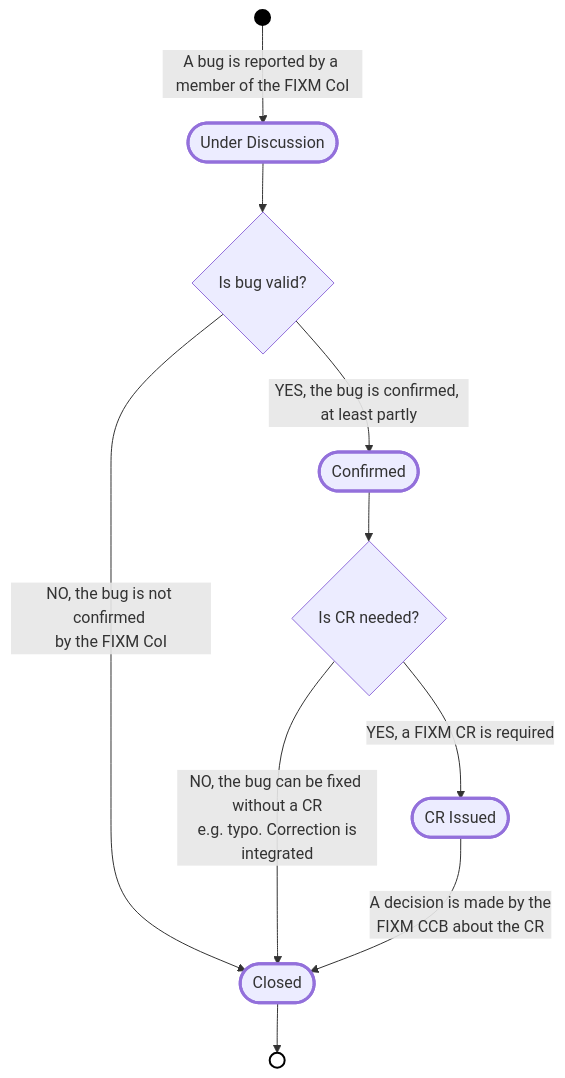
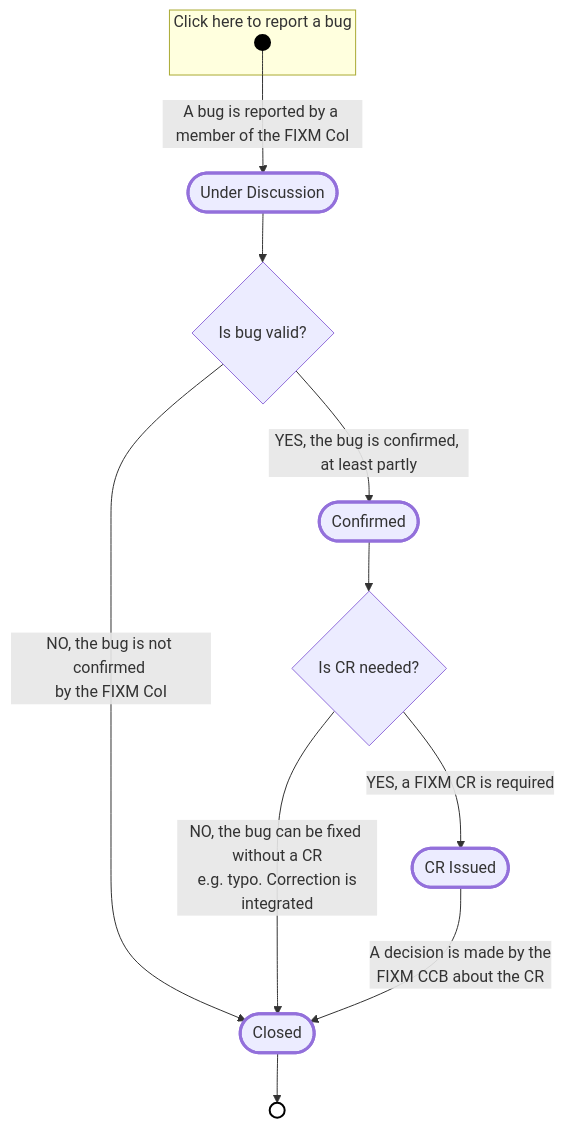
Before and after one commit to du-lapin/test_docsify: the first of 2 diagrams in docs/fixm/charter.md, drawn with Mermaid.

````diff
--- a/docs/fixm/charter.md
+++ b/docs/fixm/charter.md
@@ -161,30 +161,34 @@
 ```mermaid
 graph TD
 INITIAL_STATE(( ))
 END_STATE(( ))
 UNDER_DISCUSSION([Under Discussion])
 CONFIRMED([Confirmed])
 CR_ISSUED([CR Issued])
 CLOSED([Closed])
 is_bug_valid{Is bug valid?}
 is_CR_required{Is CR needed?}
 
 INITIAL_STATE --> |A bug is reported by a member of the FIXM CoI| UNDER_DISCUSSION
 UNDER_DISCUSSION --> is_bug_valid
 is_bug_valid --> |NO, the bug is not confirmed <br>by the FIXM CoI| CLOSED
 is_bug_valid --> |YES, the bug is confirmed, at least partly| CONFIRMED
 CONFIRMED --> is_CR_required
 is_CR_required --> |YES, a FIXM CR is required| CR_ISSUED
 is_CR_required --> |NO, the bug can be fixed without a CR<br> e.g. typo. Correction is integrated| CLOSED
 CR_ISSUED --> |A decision is made by the <br>FIXM CCB about the CR| CLOSED
 CLOSED --> END_STATE
 
 style INITIAL_STATE fill:black,stroke:black,stroke-width:2px
 style END_STATE fill:white,stroke:black,stroke-width:2px
 style UNDER_DISCUSSION stroke-width:3px
 style CONFIRMED stroke-width:3px
 style CR_ISSUED stroke-width:3px
 style CLOSED stroke-width:3px
 
 click INITIAL_STATE "https://ost.eurocontrol.int/sites/FIXM/Lists/Bug%20reports/AllItems.aspx" "Click to report a new bug" _blank
+
+subgraph start [Click here to report a bug]
+INITIAL_STATE
+end start
 ```
````
